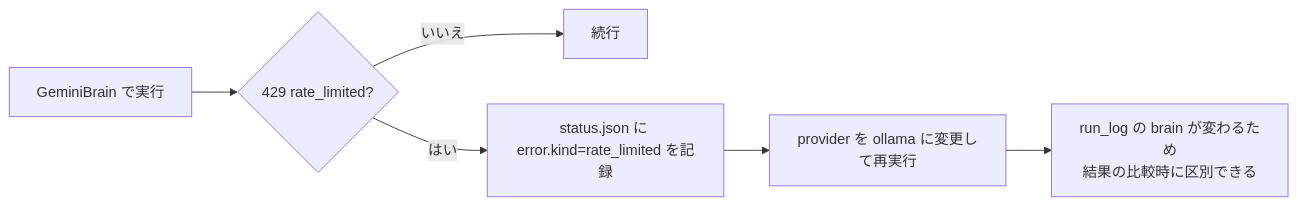
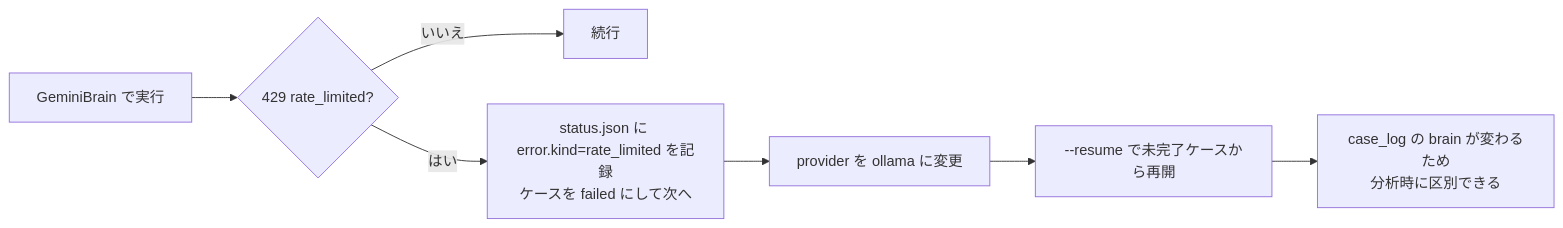
Diagram 11 of 11 in docs/design.md (ziriss8120121/hackathon-test), drawn with Mermaid before and after one commit. The commit also changed other lines of this file and 2 other files, not shown here.

````diff
--- a/docs/design.md
+++ b/docs/design.md
@@ -586,8 +1154,9 @@
 ```mermaid
 flowchart LR
     A["GeminiBrain で実行"] --> B{"429 rate_limited?"}
     B -->|"いいえ"| C["続行"]
-    B -->|"はい"| D["status.json に error.kind=rate_limited を記録"]
-    D --> E["provider を ollama に変更して再実行"]
-    E --> F["run_log の brain が変わるため<br/>結果の比較時に区別できる"]
+    B -->|"はい"| D["status.json に error.kind=rate_limited を記録<br/>ケースを failed にして次へ"]
+    D --> E["provider を ollama に変更"]
+    E --> F["--resume で未完了ケースから再開"]
+    F --> G["case_log の brain が変わるため<br/>分析時に区別できる"]
 ```
````
